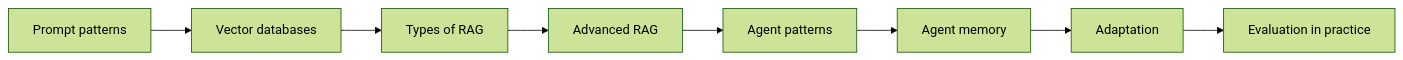
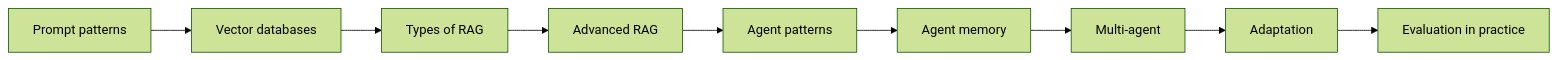
Before and after one commit to namphuongtran/ai-vault: the diagram in content/en/deep-dives/_index.md, drawn with Mermaid (forest theme). The commit also changed other lines of this file and 13 other files, not shown here.

First line of the commit message:
Add Multi-Agent Systems deep dive with shared knowledge-graph memory (EN + VI)

````diff
--- a/content/en/deep-dives/_index.md
+++ b/content/en/deep-dives/_index.md
@@ -24,5 +24,5 @@
 ```mermaid
 flowchart LR
     A[Prompt patterns] --> B[Vector databases] --> C[Types of RAG] --> D[Advanced RAG]
-    D --> E[Agent patterns] --> F[Agent memory] --> G[Adaptation] --> H[Evaluation in practice]
+    D --> E[Agent patterns] --> F[Agent memory] --> M[Multi-agent] --> G[Adaptation] --> H[Evaluation in practice]
 ```
````
